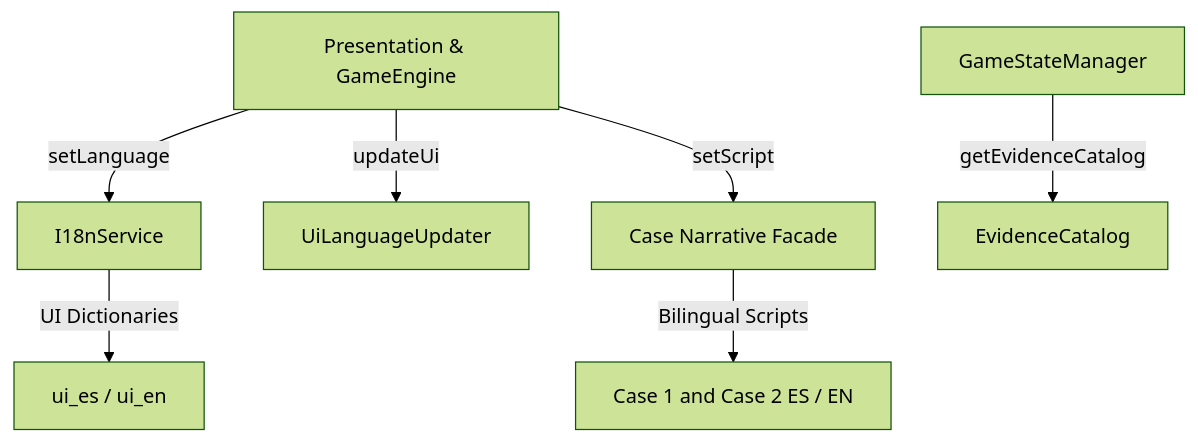
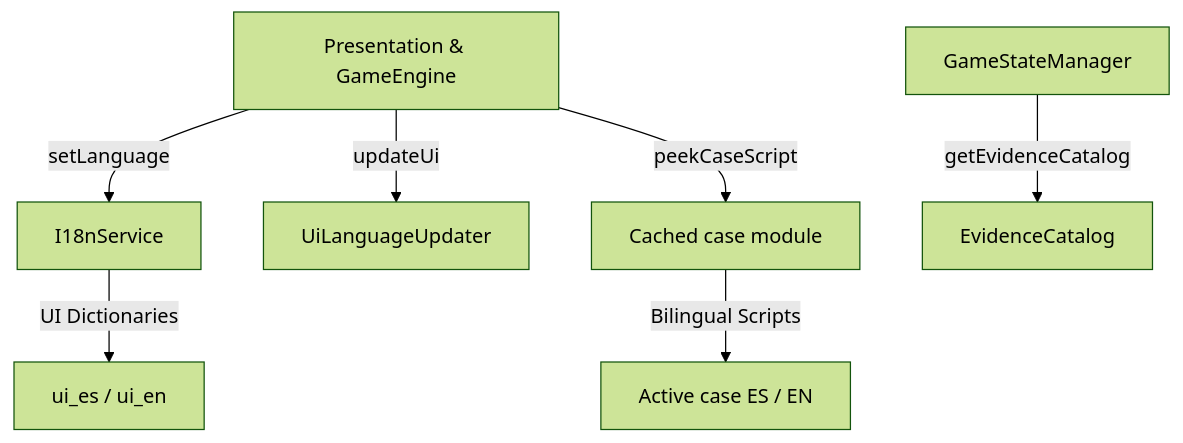
One commit to luisoncpp/aa-chapulin changed the diagram in docs/architecture/i18n-system.md. Above: the diagram before and after it, drawn with Mermaid (forest theme). The commit also changed other lines of this file and 251 other files, not shown here.

````diff
--- a/docs/architecture/i18n-system.md
+++ b/docs/architecture/i18n-system.md
@@ -9,9 +9,9 @@
 ```mermaid
 graph TD
     Engine[Presentation & GameEngine] -->|setLanguage| I18n[I18nService]
     Engine -->|updateUi| Updater[UiLanguageUpdater]
-    Engine -->|setScript| Case[Case Narrative Facade]
+    Engine -->|peekCaseScript| Case[Cached case module]
     State[GameStateManager] -->|getEvidenceCatalog| Evidence[EvidenceCatalog]
     I18n -->|UI Dictionaries| Dictionaries[ui_es / ui_en]
-    Case -->|Bilingual Scripts| Scripts[Case 1 and Case 2 ES / EN]
+    Case -->|Bilingual Scripts| Scripts[Active case ES / EN]
 ```
````
